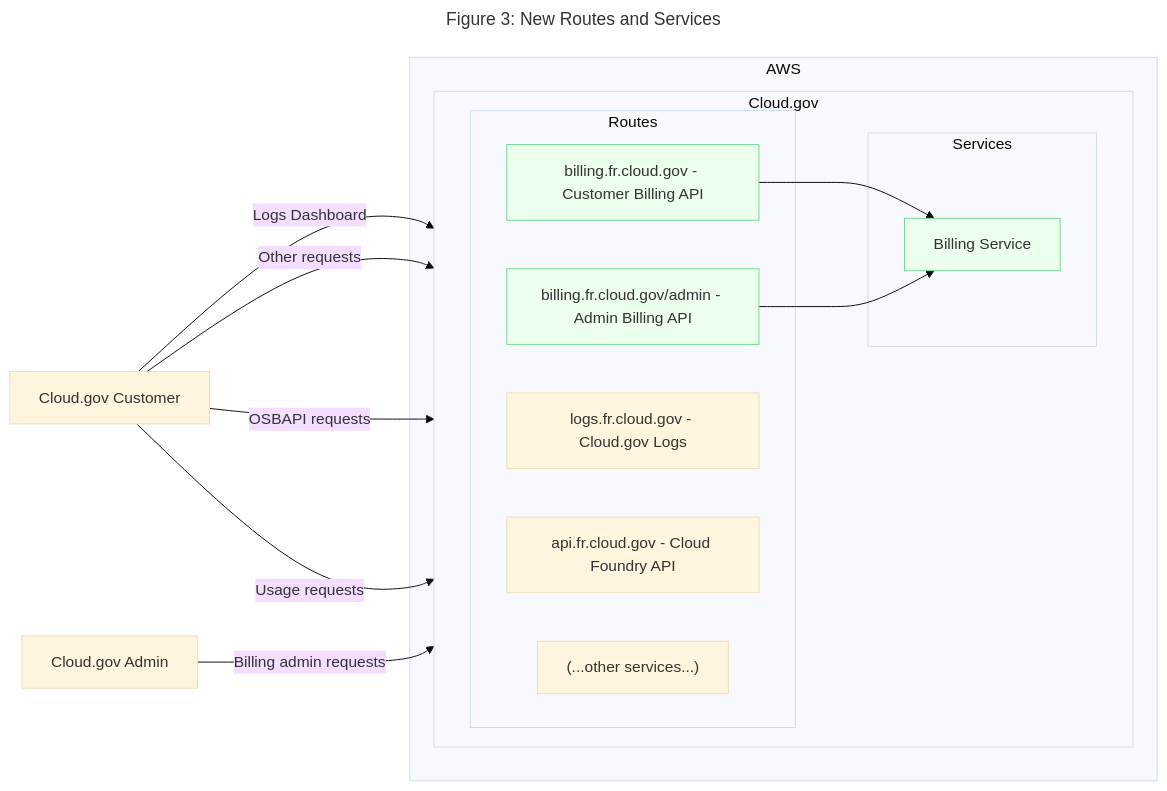
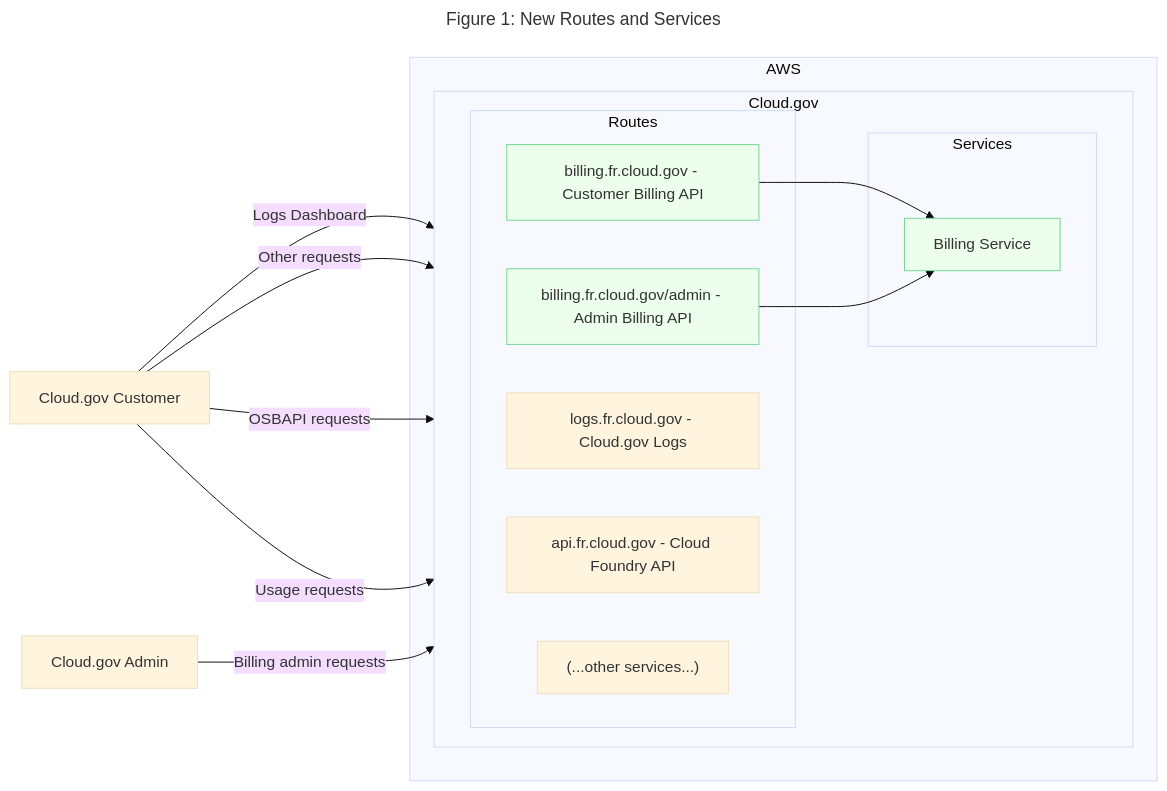
Before and after one commit to cloud-gov/billing: the diagram in docs/diagrams/scr.md, drawn with Mermaid (base theme).

Commit message:
Fix figure numbering

````diff
--- a/docs/diagrams/scr.md
+++ b/docs/diagrams/scr.md
@@ -5,41 +5,41 @@
 ```mermaid
 ---
-title: "Figure 3: New Routes and Services"
+title: "Figure 1: New Routes and Services"
 ---
 
 flowchart LR
     classDef new fill:#ecffec,stroke:#73d893
 
     u["Cloud.gov Customer"]
     a["Cloud.gov Admin"]
 
     subgraph "AWS"
 
         subgraph "Cloud.gov"
             direction LR
 
             subgraph "Routes"
                 logs["logs.fr.cloud.gov - Cloud.gov Logs"]
                 capi["api.fr.cloud.gov - Cloud Foundry API"]
                 etc["(...other services...)"]
                 billing["billing.fr.cloud.gov - Customer Billing API"]:::new
                 billing-admin["billing.fr.cloud.gov/admin - Admin Billing API"]:::new
             end
 
             subgraph "Services"
                 billing-svc["Billing Service"]:::new
             end
         end
     end
 
 
     u -->|Logs Dashboard| logs
     u -->|Other requests| etc
     u -->|OSBAPI requests| capi
     u -->|Usage requests| billing
 
     a -->|Billing admin requests| billing-admin
 
     billing --> billing-svc
     billing-admin --> billing-svc
 ```
````
